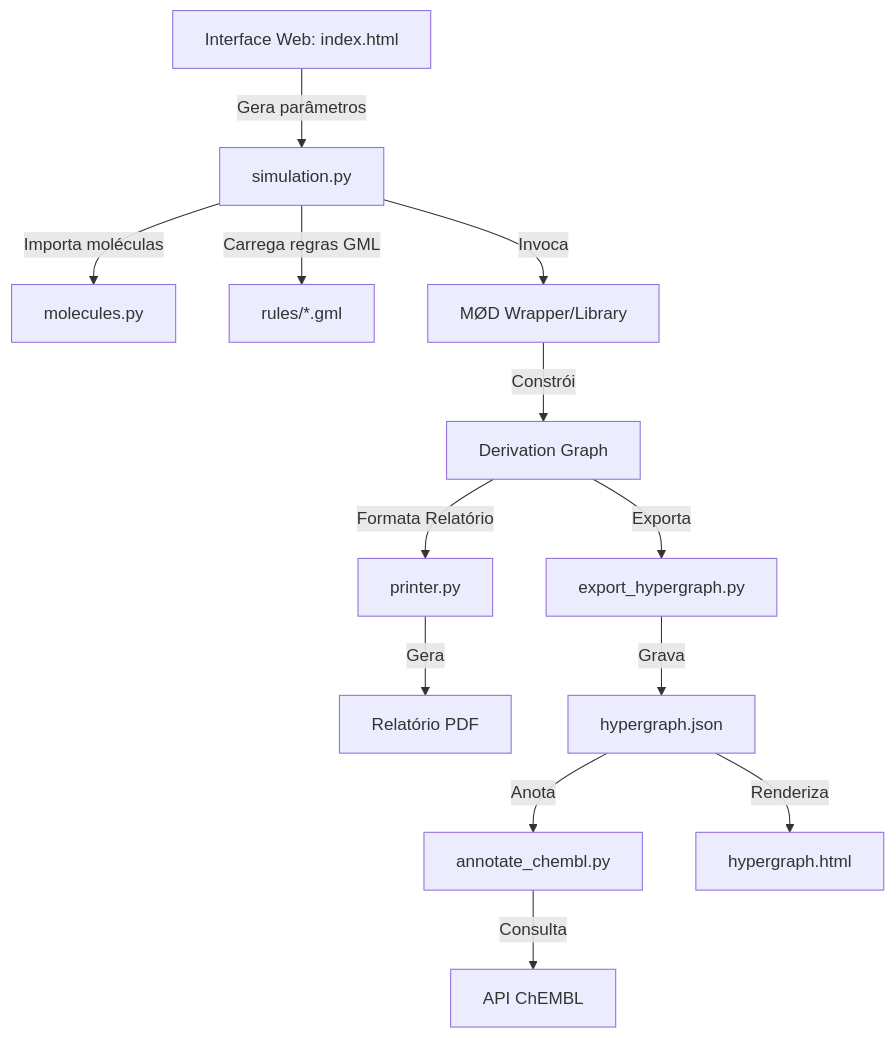
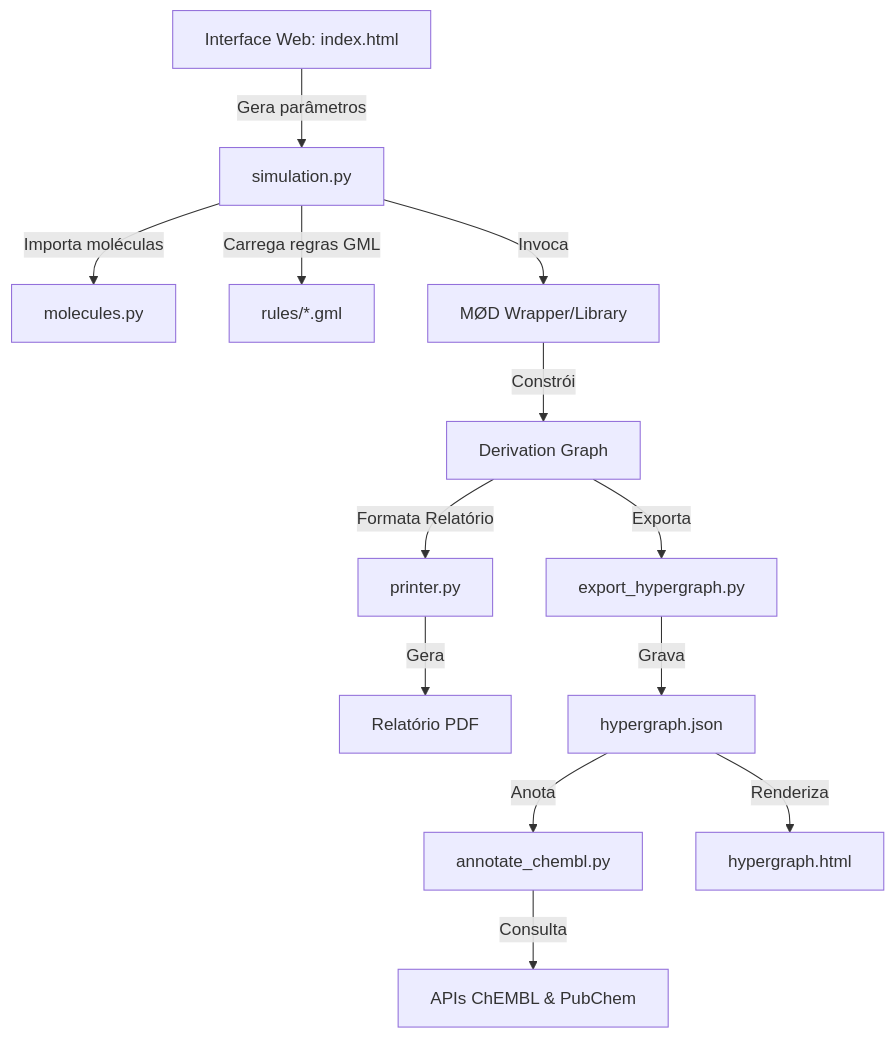
One commit to waldeyr/2PathTerpenes changed the second of 2 diagrams in README.PTBR.md. Above: the diagram before and after it, drawn with Mermaid. The commit also changed other lines of this file and 3 other files, not shown here.

````diff
--- a/README.PTBR.md
+++ b/README.PTBR.md
@@ -95,15 +103,15 @@
 ```mermaid
 graph TD
     UI[Interface Web: index.html] -->|Gera parâmetros| SimPy[simulation.py]
     SimPy -->|Importa moléculas| MolPy[molecules.py]
     SimPy -->|Carrega regras GML| RulesGML[rules/*.gml]
     SimPy -->|Invoca| MOD[MØD Wrapper/Library]
     MOD -->|Constrói| DG[Derivation Graph]
     DG -->|Formata Relatório| PrintPy[printer.py]
     PrintPy -->|Gera| PDF[Relatório PDF]
     DG -->|Exporta| ExportPy[export_hypergraph.py]
     ExportPy -->|Grava| HGJSON[hypergraph.json]
     HGJSON -->|Anota| AnnotatePy[annotate_chembl.py]
-    AnnotatePy -->|Consulta| ChEMBL[API ChEMBL]
+    AnnotatePy -->|Consulta| ChEMBL[APIs ChEMBL & PubChem]
     HGJSON -->|Renderiza| HGHTML[hypergraph.html]
 ```
````
